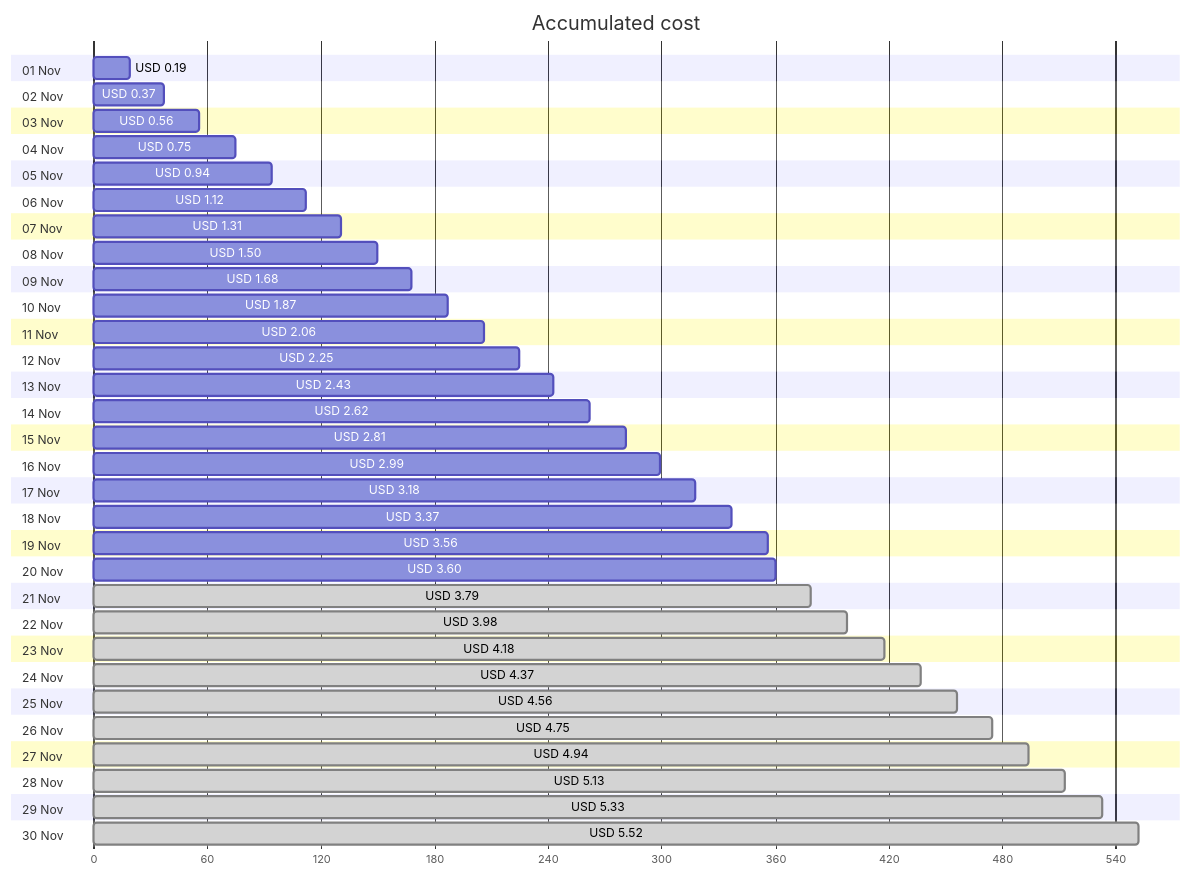
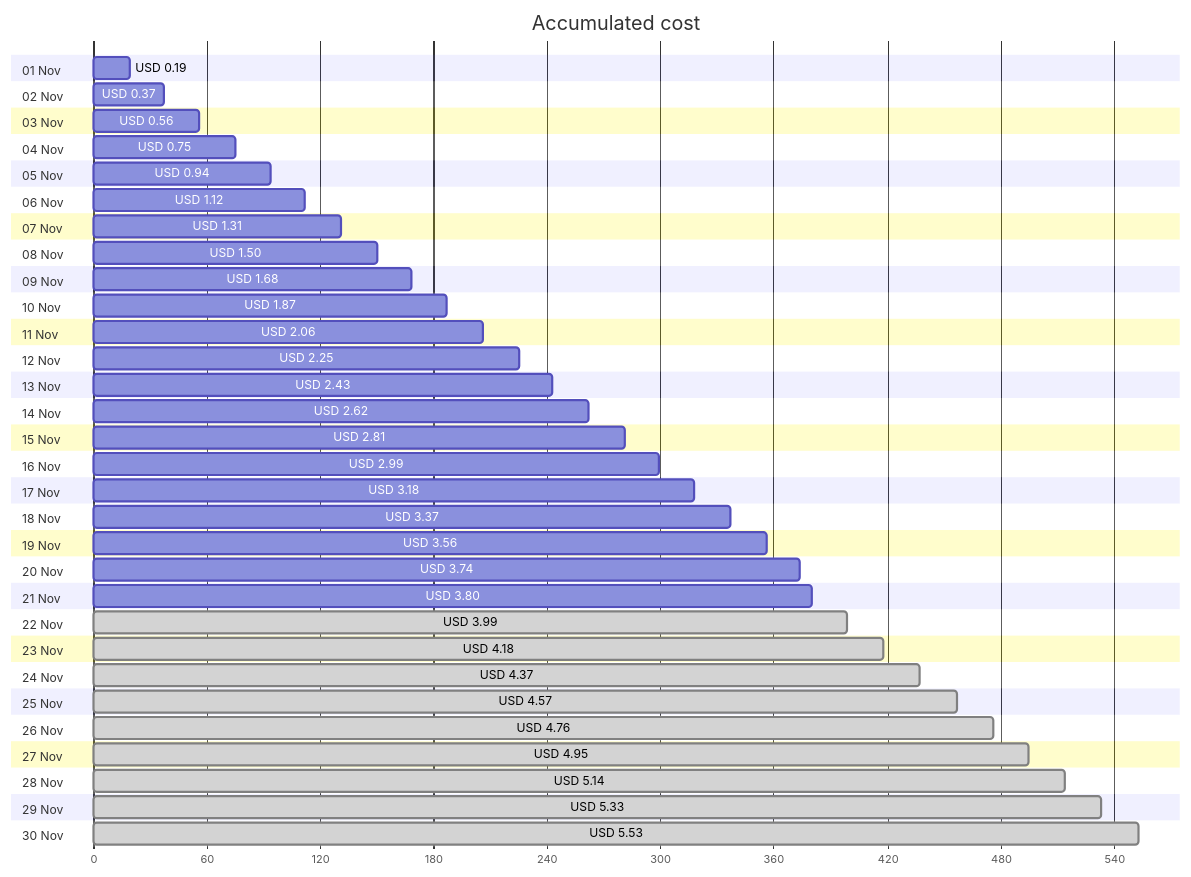
The first of 4 diagrams in cost-reports/personal-network/backup-server.md (jpfulton/azure-personal-reports), drawn with Mermaid before and after one commit. The commit also changed other lines of this file and 8 other files, not shown here.

````diff
--- a/cost-reports/personal-network/backup-server.md
+++ b/cost-reports/personal-network/backup-server.md
@@ -20,66 +20,66 @@
 ```mermaid
 gantt
    title Accumulated cost
    dateFormat  X
    axisFormat %s
    section 01 Nov
    USD 0.19 :0, 19
    section 02 Nov
    USD 0.37 :0, 37
    section 03 Nov
    USD 0.56 :0, 56
    section 04 Nov
    USD 0.75 :0, 75
    section 05 Nov
    USD 0.94 :0, 94
    section 06 Nov
    USD 1.12 :0, 112
    section 07 Nov
    USD 1.31 :0, 131
    section 08 Nov
    USD 1.50 :0, 150
    section 09 Nov
    USD 1.68 :0, 168
    section 10 Nov
    USD 1.87 :0, 187
    section 11 Nov
    USD 2.06 :0, 206
    section 12 Nov
    USD 2.25 :0, 225
    section 13 Nov
    USD 2.43 :0, 243
    section 14 Nov
    USD 2.62 :0, 262
    section 15 Nov
    USD 2.81 :0, 281
    section 16 Nov
    USD 2.99 :0, 299
    section 17 Nov
    USD 3.18 :0, 318
    section 18 Nov
    USD 3.37 :0, 337
    section 19 Nov
    USD 3.56 :0, 356
    section 20 Nov
-   USD 3.60 :0, 360
+   USD 3.74 :0, 374
    section 21 Nov
-   USD 3.79 : done, 0, 379
+   USD 3.80 :0, 380
    section 22 Nov
-   USD 3.98 : done, 0, 398
+   USD 3.99 : done, 0, 399
    section 23 Nov
    USD 4.18 : done, 0, 418
    section 24 Nov
    USD 4.37 : done, 0, 437
    section 25 Nov
-   USD 4.56 : done, 0, 456
+   USD 4.57 : done, 0, 457
    section 26 Nov
-   USD 4.75 : done, 0, 475
+   USD 4.76 : done, 0, 476
    section 27 Nov
-   USD 4.94 : done, 0, 494
+   USD 4.95 : done, 0, 495
    section 28 Nov
-   USD 5.13 : done, 0, 513
+   USD 5.14 : done, 0, 514
    section 29 Nov
    USD 5.33 : done, 0, 533
    section 30 Nov
-   USD 5.52 : done, 0, 552
+   USD 5.53 : done, 0, 553
 ```
````
